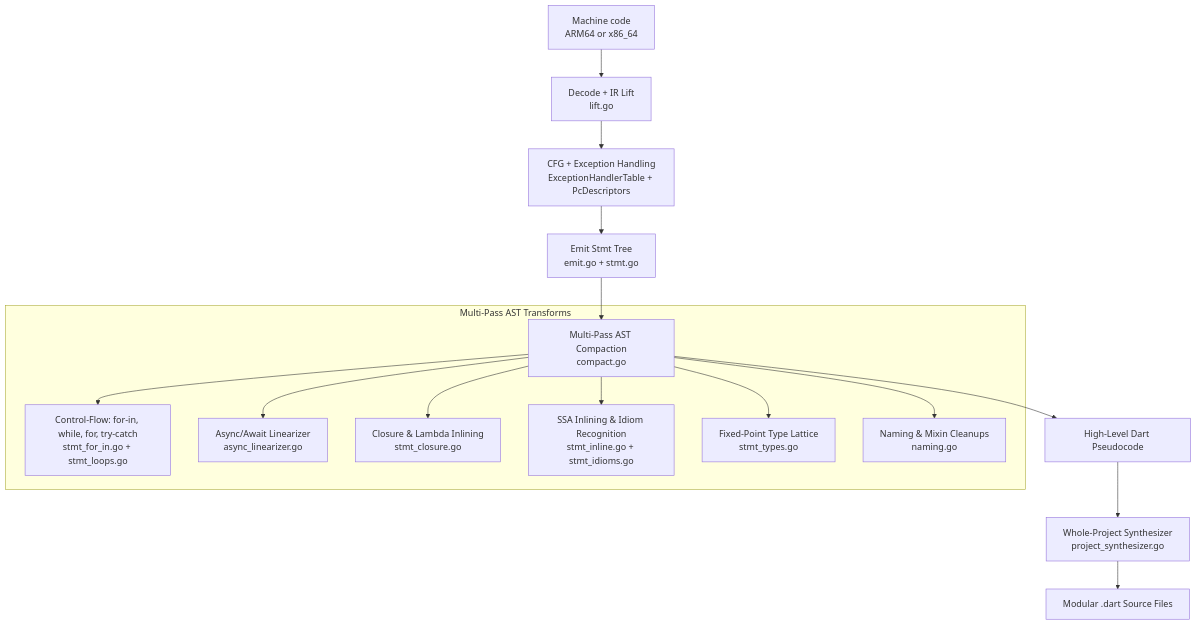
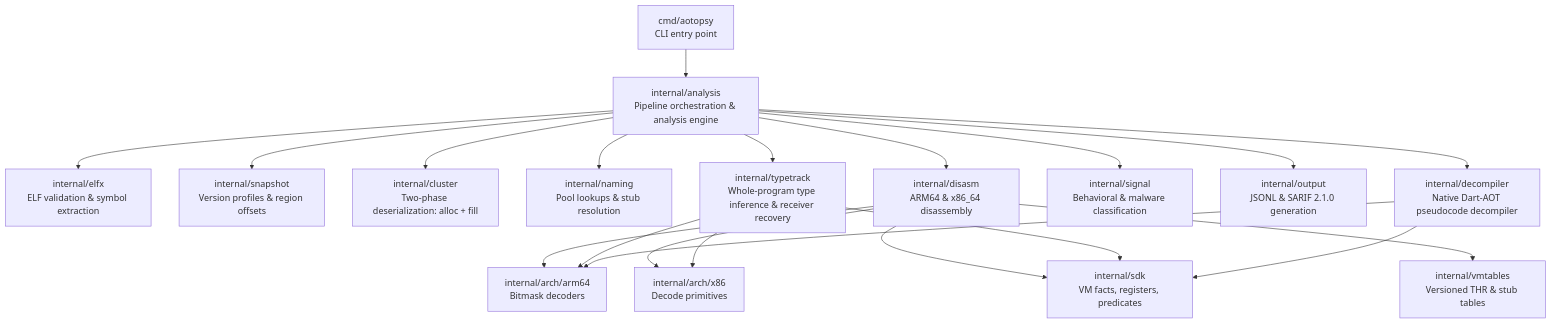
One commit to BroNils/aotopsy changed the first of 2 diagrams in ARCHITECTURE.md. Above: the diagram before and after it, drawn with Mermaid. The commit also changed other lines of this file and 397 other files, not shown here.

First line of the commit message:
v1.2.0: Architecture refactor, SSA fixpoint, FPU/SIMD, evidence engine & QA hardening (#10)

````diff
--- a/ARCHITECTURE.md
+++ b/ARCHITECTURE.md
@@ -120,20 +9,23 @@
 ```mermaid
 flowchart TD
-    A[Machine code<br/>ARM64 or x86_64] --> B[Decode + IR Lift<br/>lift.go]
-    B --> C[CFG + Exception Handling<br/>ExceptionHandlerTable + PcDescriptors]
-    C --> D[Emit Stmt Tree<br/>emit.go + stmt.go]
-    D --> E[Multi-Pass AST Compaction<br/>compact.go]
+    CLI[cmd/aotopsy<br/>CLI entry point] --> ANALYSIS[internal/analysis<br/>Pipeline orchestration & analysis engine]
+    ANALYSIS --> ELFX[internal/elfx<br/>ELF validation & symbol extraction]
+    ANALYSIS --> SNAP[internal/snapshot<br/>Version profiles & region offsets]
+    ANALYSIS --> CLUST[internal/cluster<br/>Two-phase deserialization: alloc + fill]
+    ANALYSIS --> NAMING[internal/naming<br/>Pool lookups & stub resolution]
+    ANALYSIS --> DISASM[internal/disasm<br/>ARM64 & x86_64 disassembly]
+    ANALYSIS --> TT[internal/typetrack<br/>Whole-program type inference & receiver recovery]
+    ANALYSIS --> SIG[internal/signal<br/>Behavioral & malware classification]
+    ANALYSIS --> OUT[internal/output<br/>JSONL & SARIF 2.1.0 generation]
+    ANALYSIS --> DEC[internal/decompiler<br/>Native Dart-AOT pseudocode decompiler]
     
-    subgraph Multi-Pass AST Transforms
-        E --> F1[Control-Flow: for-in, while, for, try-catch<br/>stmt_for_in.go + stmt_loops.go]
-        E --> F2[Async/Await Linearizer<br/>async_linearizer.go]
-        E --> F3[Closure & Lambda Inlining<br/>stmt_closure.go]
-        E --> F4[SSA Inlining & Idiom Recognition<br/>stmt_inline.go + stmt_idioms.go]
-        E --> F5[Fixed-Point Type Lattice<br/>stmt_types.go]
-        E --> F6[Naming & Mixin Cleanups<br/>naming.go]
-    end
-
-    E --> G[High-Level Dart Pseudocode]
-    G --> H[Whole-Project Synthesizer<br/>project_synthesizer.go]
-    H --> I[Modular .dart Source Files]
+    DISASM --> ARCH_ARM[internal/arch/arm64<br/>Bitmask decoders]
+    DISASM --> ARCH_X86[internal/arch/x86<br/>Decode primitives]
+    DISASM --> SDK[internal/sdk<br/>VM facts, registers, predicates]
+    DISASM --> VMT[internal/vmtables<br/>Versioned THR & stub tables]
+    TT --> SDK
+    TT --> ARCH_ARM
+    TT --> ARCH_X86
+    DEC --> SDK
+    DEC --> ARCH_ARM
 ```
````
